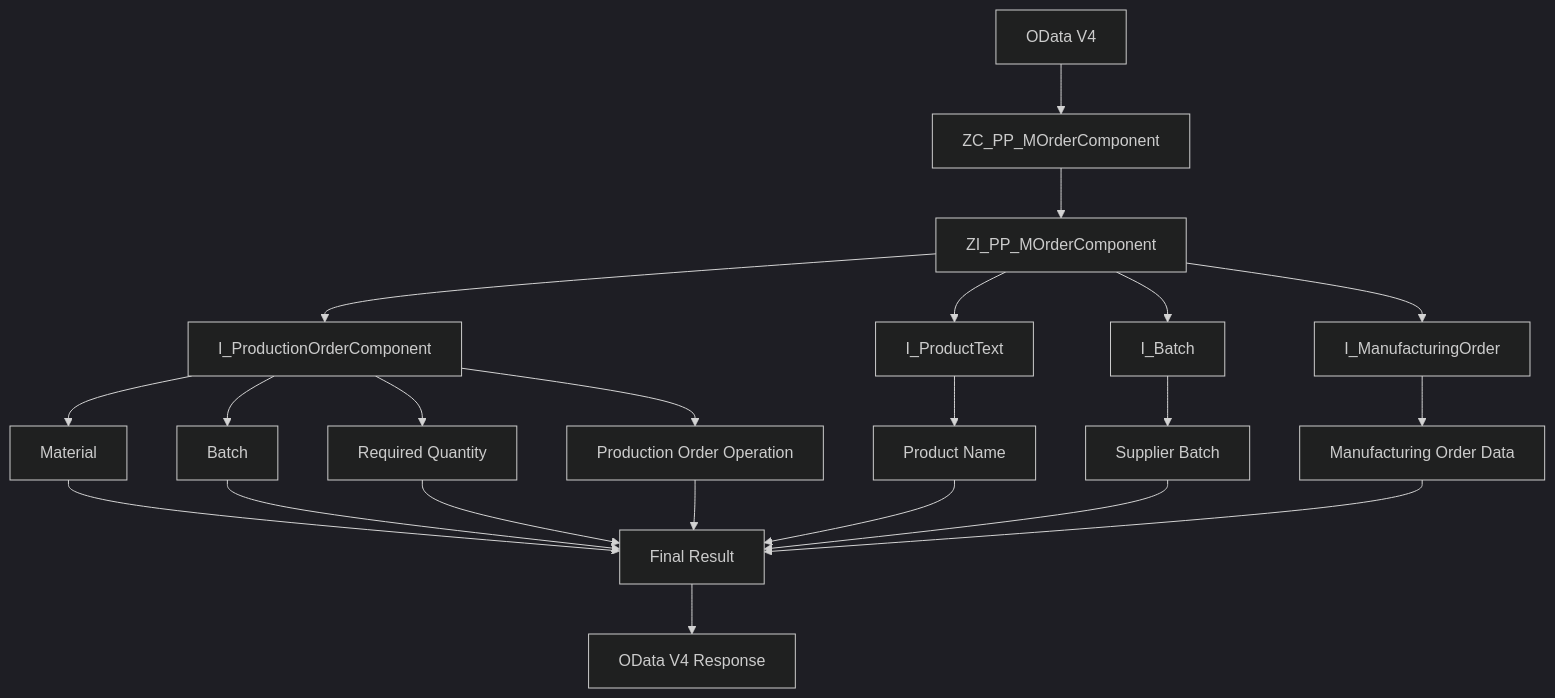
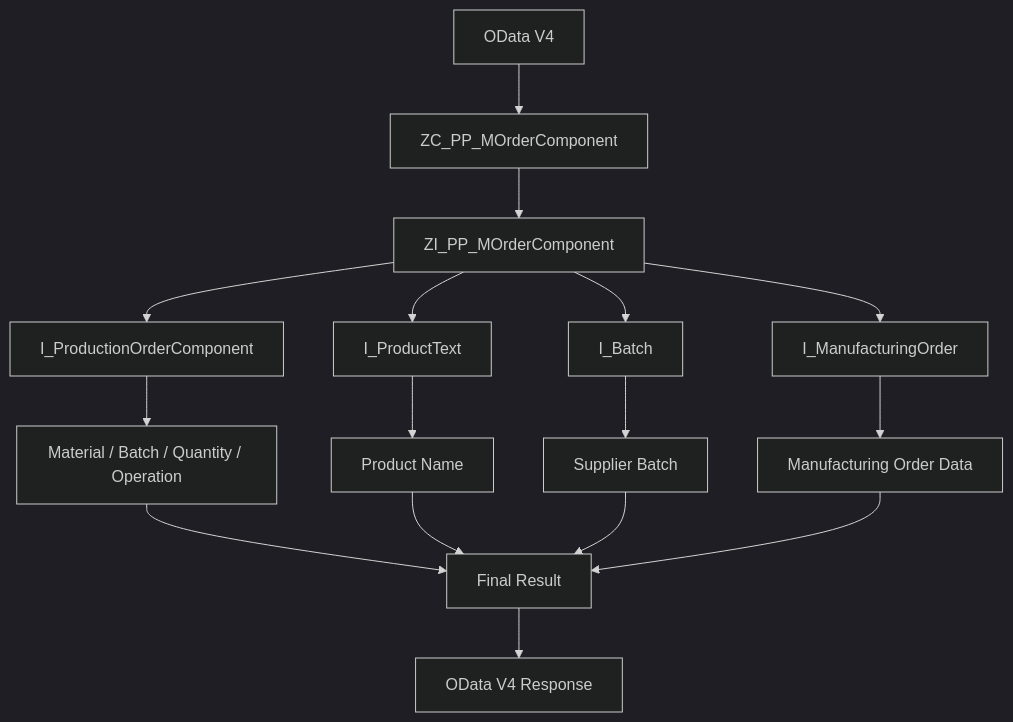
One commit to blackif/demo changed the diagram in sap/abap/rap/demo2/README.md. Above: the diagram before and after it, drawn with Mermaid (dark theme). The commit also changed other lines of this file, not shown here.

````diff
--- a/sap/abap/rap/demo2/README.md
+++ b/sap/abap/rap/demo2/README.md
@@ -44,29 +25,18 @@
 ```mermaid
 flowchart TD
     A[OData V4] --> B[ZC_PP_MOrderComponent]
     B --> C[ZI_PP_MOrderComponent]
-
     C --> D[I_ManufacturingOrder]
     C --> E[I_ProductionOrderComponent]
     C --> F[I_ProductText]
     C --> G[I_Batch]
-
-    E --> H[Material]
-    E --> I[Batch]
-    E --> J[Required Quantity]
-    E --> K[Production Order Operation]
-
-    F --> L[Product Name]
-    G --> M[Supplier Batch]
-
-    D --> N[Manufacturing Order Data]
-    H --> O[Final Result]
-    I --> O
-    J --> O
-    K --> O
-    L --> O
-    M --> O
-    N --> O
-
-    O --> P[OData V4 Response]
+    E --> H[Material / Batch / Quantity / Operation]
+    F --> I[Product Name]
+    G --> J[Supplier Batch]
+    D --> K[Manufacturing Order Data]
+    H --> L[Final Result]
+    I --> L
+    J --> L
+    K --> L
+    L --> M[OData V4 Response]
 ```
````
